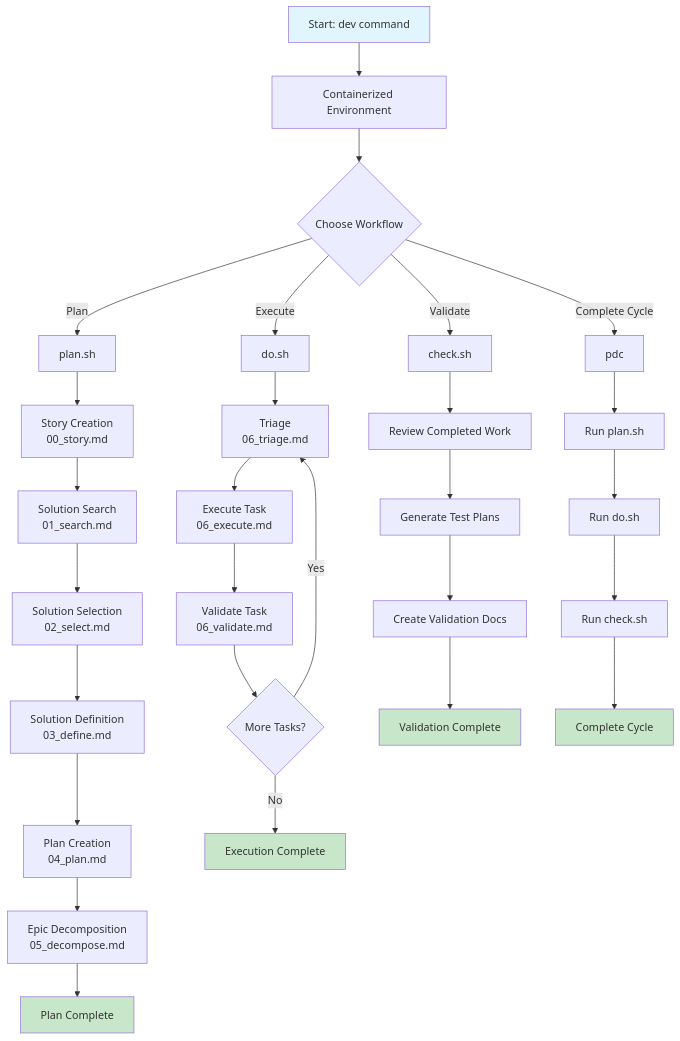
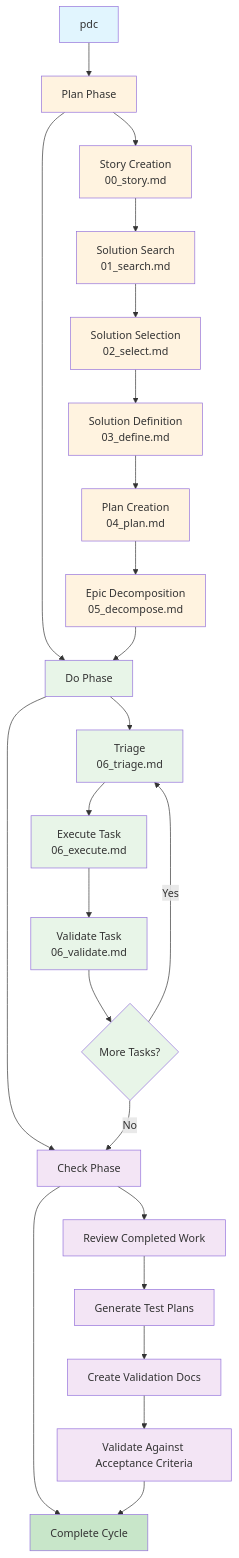
The diagram in README.md (riazarbi/way), drawn with Mermaid before and after one commit.

Commit message:
update mermaid diagram

````diff
--- a/README.md
+++ b/README.md
@@ -43,41 +43,52 @@
 ```mermaid
 graph TD
-    A[Start: dev command] --> B[Containerized Environment]
-    B --> C{Choose Workflow}
+    A[pdc <user-story>] --> B[Plan Phase]
+    B --> C[Do Phase]
+    C --> D[Check Phase]
+    D --> E[Complete Cycle]
     
-    C -->|Plan| D[plan.sh <user-story>]
-    C -->|Execute| E[do.sh <user-story>]
-    C -->|Validate| F[check.sh <user-story>]
-    C -->|Complete Cycle| G[pdc <user-story>]
+    %% Plan Phase Details
+    B --> B1[Story Creation<br/>00_story.md]
+    B1 --> B2[Solution Search<br/>01_search.md]
+    B2 --> B3[Solution Selection<br/>02_select.md]
+    B3 --> B4[Solution Definition<br/>03_define.md]
+    B4 --> B5[Plan Creation<br/>04_plan.md]
+    B5 --> B6[Epic Decomposition<br/>05_decompose.md]
+    B6 --> C
     
-    D --> D1[Story Creation<br/>00_story.md]
-    D1 --> D2[Solution Search<br/>01_search.md]
-    D2 --> D3[Solution Selection<br/>02_select.md]
-    D3 --> D4[Solution Definition<br/>03_define.md]
-    D4 --> D5[Plan Creation<br/>04_plan.md]
-    D5 --> D6[Epic Decomposition<br/>05_decompose.md]
-    D6 --> D7[Plan Complete]
+    %% Do Phase Details
+    C --> C1[Triage<br/>06_triage.md]
+    C1 --> C2[Execute Task<br/>06_execute.md]
+    C2 --> C3[Validate Task<br/>06_validate.md]
+    C3 --> C4{More Tasks?}
+    C4 -->|Yes| C1
+    C4 -->|No| D
     
-    E --> E1[Triage<br/>06_triage.md]
-    E1 --> E2[Execute Task<br/>06_execute.md]
-    E2 --> E3[Validate Task<br/>06_validate.md]
-    E3 --> E4{More Tasks?}
-    E4 -->|Yes| E1
-    E4 -->|No| E5[Execution Complete]
+    %% Check Phase Details
+    D --> D1[Review Completed Work]
+    D1 --> D2[Generate Test Plans]
+    D2 --> D3[Create Validation Docs]
+    D3 --> D4[Validate Against Acceptance Criteria]
+    D4 --> E
     
-    F --> F1[Review Completed Work]
-    F1 --> F2[Generate Test Plans]
-    F2 --> F3[Create Validation Docs]
-    F3 --> F4[Validation Complete]
-    
-    G --> G1[Run plan.sh]
-    G1 --> G2[Run do.sh]
-    G2 --> G3[Run check.sh]
-    G3 --> G4[Complete Cycle]
-    
+    %% Styling
     style A fill:#e1f5fe
-    style G4 fill:#c8e6c9
-    style E5 fill:#c8e6c9
-    style F4 fill:#c8e6c9
-    style D7 fill:#c8e6c9
+    style B fill:#fff3e0
+    style C fill:#e8f5e8
+    style D fill:#f3e5f5
+    style E fill:#c8e6c9
+    style B1 fill:#fff3e0
+    style B2 fill:#fff3e0
+    style B3 fill:#fff3e0
+    style B4 fill:#fff3e0
+    style B5 fill:#fff3e0
+    style B6 fill:#fff3e0
+    style C1 fill:#e8f5e8
+    style C2 fill:#e8f5e8
+    style C3 fill:#e8f5e8
+    style C4 fill:#e8f5e8
+    style D1 fill:#f3e5f5
+    style D2 fill:#f3e5f5
+    style D3 fill:#f3e5f5
+    style D4 fill:#f3e5f5
 ```
````
